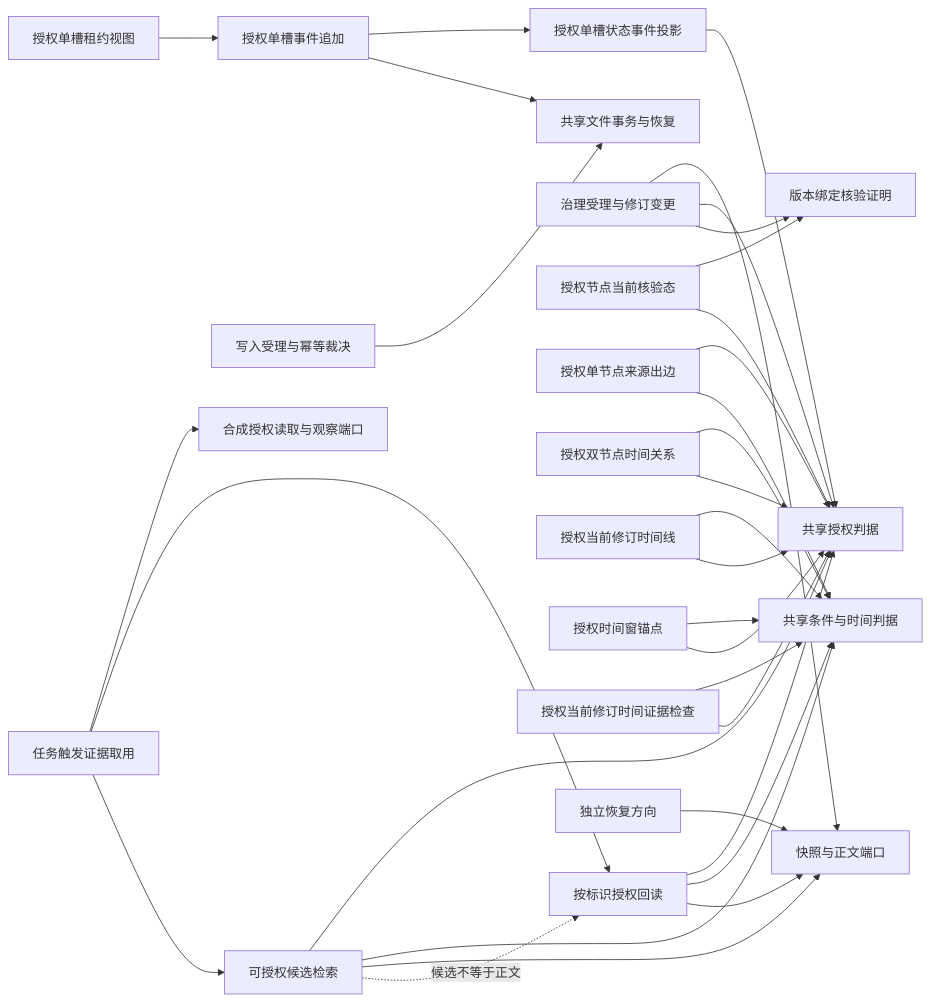
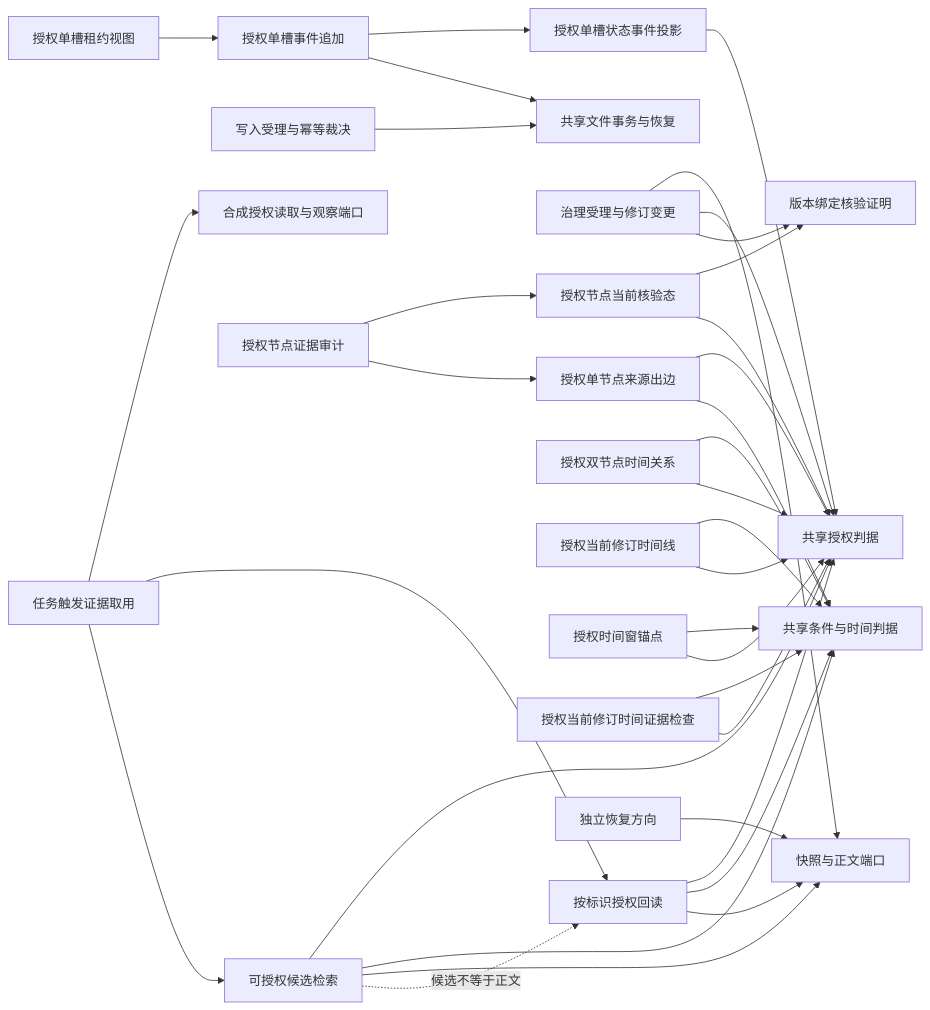
The diagram in docs/CAPABILITY_GRAPH.md (FuRongJun-1999/dsh-lingshu-memory), drawn with Mermaid before and after one commit. The commit also changed other lines of this file and 12 other files, not shown here.

```diff
--- a/docs/CAPABILITY_GRAPH.md
+++ b/docs/CAPABILITY_GRAPH.md
@@ -5,34 +5,36 @@
 ~~~mermaid
 graph LR
   G[按标识授权回读] --> A[共享授权判据]
   G --> T[共享条件与时间判据]
   G --> S[快照与正文端口]
   Q[可授权候选检索] --> A
   Q --> T
   Q --> S
   Q -. 候选不等于正文 .-> G
   W[写入受理与幂等裁决] --> X[共享文件事务与恢复]
   R[治理受理与修订变更] --> S
   R --> A
   R --> V[版本绑定核验证明]
   K[授权节点当前核验态] --> V
   K --> A
   E[授权单节点来源出边] --> A
   E --> T
   Z[授权双节点时间关系] --> T
   Z --> A
   L[授权当前修订时间线] --> T
   L --> A
   WN[授权时间窗锚点] --> T
   WN --> A
   TC[授权当前修订时间证据检查] --> T
   TC --> A
   SC[授权单槽状态事件投影] --> A
   SE[授权单槽事件追加] --> SC
   SE --> X
   SL[授权单槽租约视图] --> SE
+  EA[授权节点证据审计] --> K
+  EA --> E
   P[独立恢复方向] --> S
   C[任务触发证据取用] --> O[合成授权读取与观察端口]
   C --> G
   C --> Q
 ~~~
```
